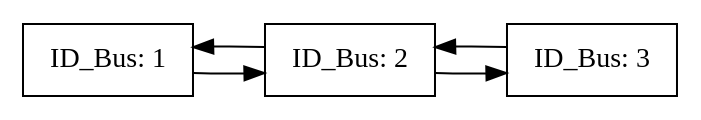
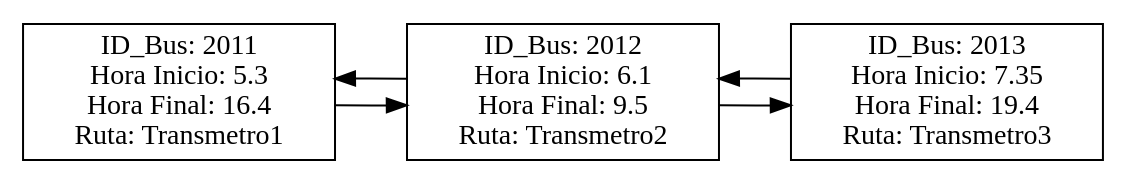
The diagram in Graphviz/ListaGeneralBuses.dot (Luiskr1993/Proyecto1s22015_201122864a), drawn with Graphviz before and after one commit. The commit also changed 22 other files, not shown here.

```diff
--- a/Graphviz/ListaGeneralBuses.dot
+++ b/Graphviz/ListaGeneralBuses.dot
@@ -1,14 +1,14 @@
 digraph Elementos{
 node [shape=record];
 rankdir=LR;
-e_1[label = "ID_Bus: 1"];
+e_2011[label = "ID_Bus: 2011\n Hora Inicio: 5.3\n Hora Final: 16.4\n Ruta: Transmetro1"];
 
-e_1->e_2;
-e_2->e_1;
-e_2[label = "ID_Bus: 2"];
+e_2011->e_2012;
+e_2012->e_2011;
+e_2012[label = "ID_Bus: 2012\n Hora Inicio: 6.1\n Hora Final: 9.5\n Ruta: Transmetro2"];
 
-e_2->e_3;
-e_3->e_2;
-e_3[label = "ID_Bus: 3"];
+e_2012->e_2013;
+e_2013->e_2012;
+e_2013[label = "ID_Bus: 2013\n Hora Inicio: 7.35\n Hora Final: 19.4\n Ruta: Transmetro3"];
 
 }
```
